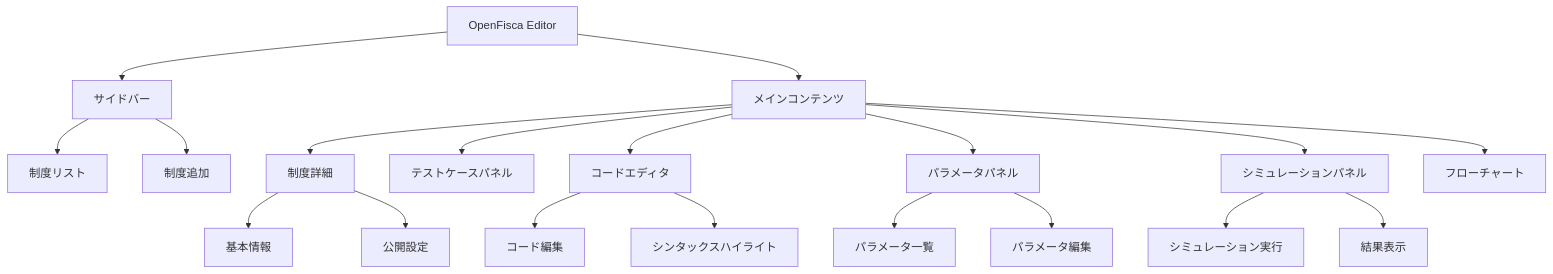
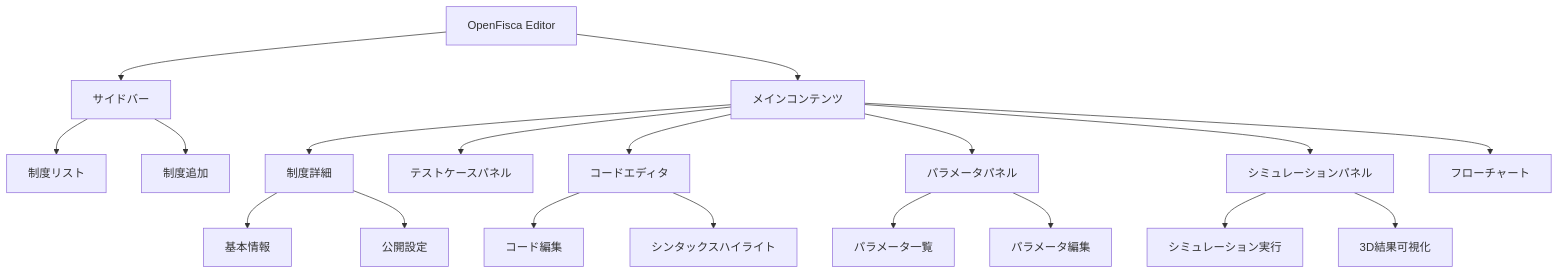
The first of 3 diagrams in public/docs/architecture.md (tkgshn/openfisca-editor), drawn with Mermaid before and after one commit. The commit also changed other lines of this file and 64 other files, not shown here.

````diff
--- a/public/docs/architecture.md
+++ b/public/docs/architecture.md
@@ -15,27 +17,27 @@
 ```mermaid
 flowchart TD
     A[OpenFisca Editor] --> B[サイドバー]
     A --> C[メインコンテンツ]
 
     B --> B1[制度リスト]
     B --> B2[制度追加]
 
     C --> C1[制度詳細]
     C --> C2[テストケースパネル]
     C --> C3[コードエディタ]
     C --> C4[パラメータパネル]
     C --> C5[シミュレーションパネル]
     C --> C6[フローチャート]
 
     C1 --> C1A[基本情報]
     C1 --> C1B[公開設定]
 
     C3 --> C3A[コード編集]
     C3 --> C3B[シンタックスハイライト]
 
     C4 --> C4A[パラメータ一覧]
     C4 --> C4B[パラメータ編集]
 
     C5 --> C5A[シミュレーション実行]
-    C5 --> C5B[結果表示]
+    C5 --> C5B[3D結果可視化]
 ```
````
